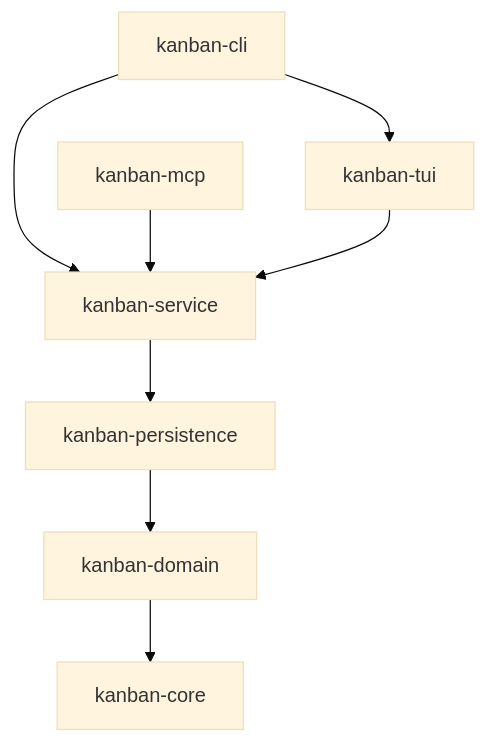
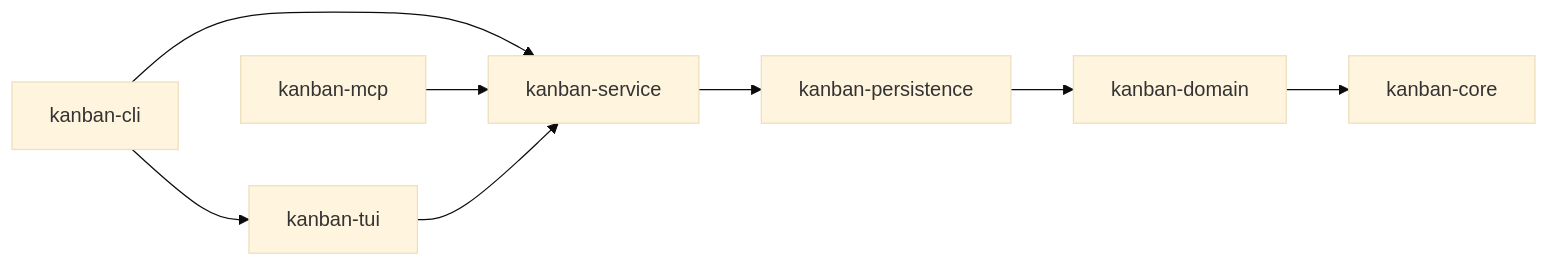
The diagram in README.md (fulsomenko/kanban), drawn with Mermaid (base theme) before and after one commit.

Commit message:
docs: use graph LR for dependency diagram in README to match other docs

````diff
--- a/README.md
+++ b/README.md
@@ -154,10 +154,10 @@
 ```mermaid
-graph TD
+graph LR
     CLI[kanban-cli] --> TUI[kanban-tui]
     CLI --> SVC[kanban-service]
     MCP[kanban-mcp] --> SVC
     TUI --> SVC
     SVC --> PER[kanban-persistence]
     PER --> DOM[kanban-domain]
     DOM --> CORE[kanban-core]
 ```
````
